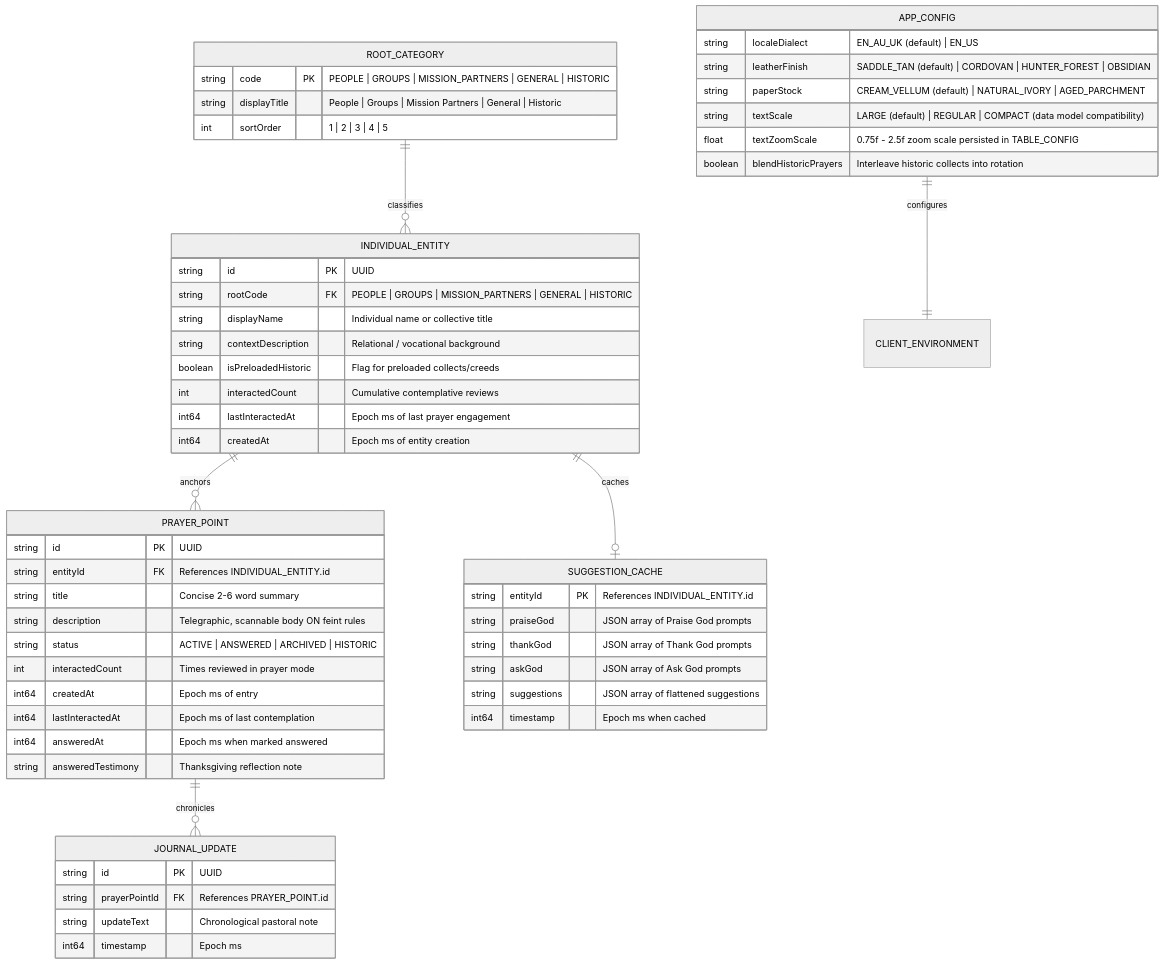
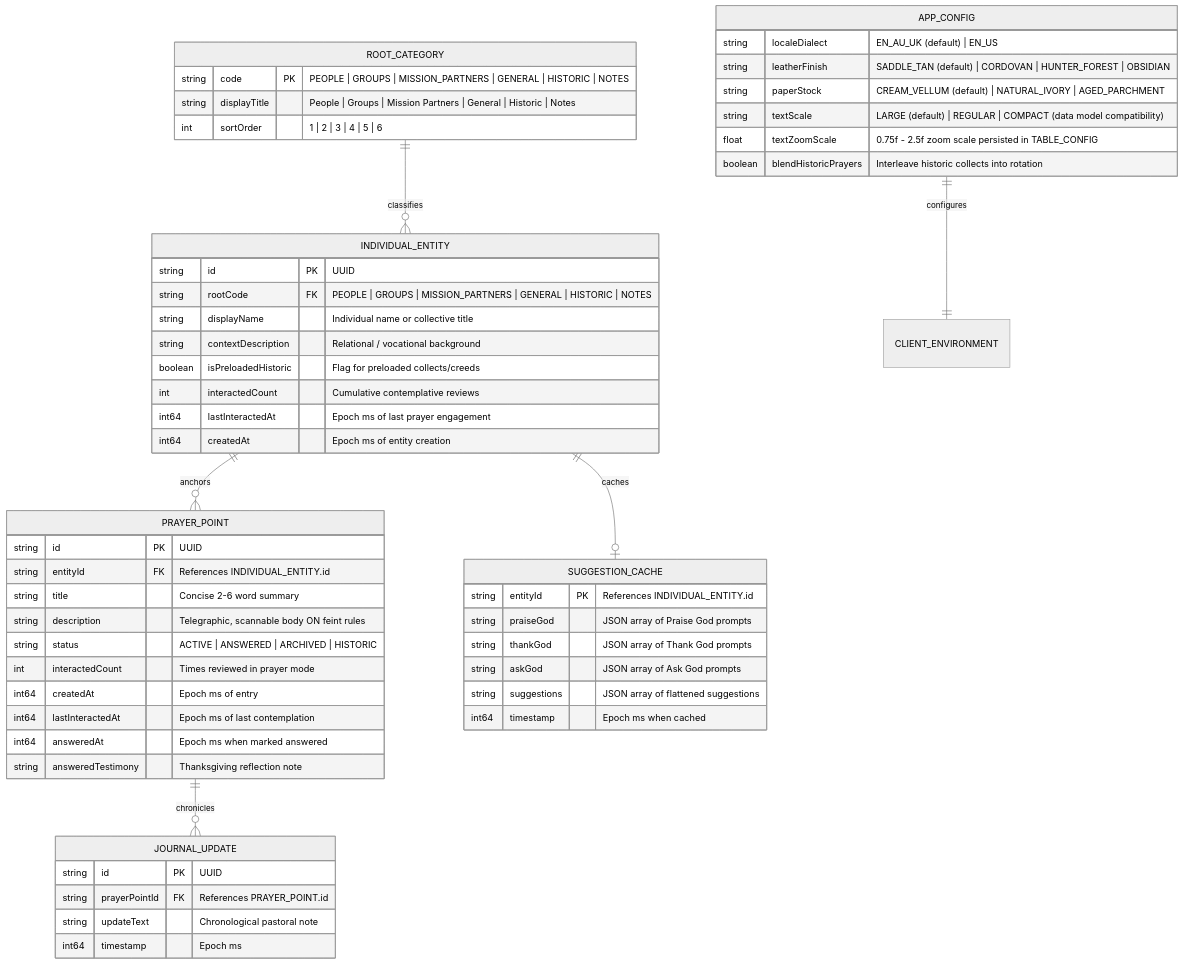
The second of 9 diagrams in planning/codebase_knowledge_graph.md (iamenianc/Prayer), drawn with Mermaid (neutral theme) before and after one commit. The commit also changed other lines of this file and 15 other files, not shown here.

````diff
--- a/planning/codebase_knowledge_graph.md
+++ b/planning/codebase_knowledge_graph.md
@@ -86,63 +86,63 @@
 ```mermaid
 erDiagram
     ROOT_CATEGORY ||--o{ INDIVIDUAL_ENTITY : "classifies"
     INDIVIDUAL_ENTITY ||--o{ PRAYER_POINT : "anchors"
     INDIVIDUAL_ENTITY ||--o| SUGGESTION_CACHE : "caches"
     PRAYER_POINT ||--o{ JOURNAL_UPDATE : "chronicles"
     APP_CONFIG ||--|| CLIENT_ENVIRONMENT : "configures"
 
     ROOT_CATEGORY {
-        string code PK "PEOPLE | GROUPS | MISSION_PARTNERS | GENERAL | HISTORIC"
-        string displayTitle "People | Groups | Mission Partners | General | Historic"
-        int sortOrder "1 | 2 | 3 | 4 | 5"
+        string code PK "PEOPLE | GROUPS | MISSION_PARTNERS | GENERAL | HISTORIC | NOTES"
+        string displayTitle "People | Groups | Mission Partners | General | Historic | Notes"
+        int sortOrder "1 | 2 | 3 | 4 | 5 | 6"
     }
 
     INDIVIDUAL_ENTITY {
         string id PK "UUID"
-        string rootCode FK "PEOPLE | GROUPS | MISSION_PARTNERS | GENERAL | HISTORIC"
+        string rootCode FK "PEOPLE | GROUPS | MISSION_PARTNERS | GENERAL | HISTORIC | NOTES"
         string displayName "Individual name or collective title"
         string contextDescription "Relational / vocational background"
         boolean isPreloadedHistoric "Flag for preloaded collects/creeds"
         int interactedCount "Cumulative contemplative reviews"
         int64 lastInteractedAt "Epoch ms of last prayer engagement"
         int64 createdAt "Epoch ms of entity creation"
     }
 
     SUGGESTION_CACHE {
         string entityId PK "References INDIVIDUAL_ENTITY.id"
         string praiseGod "JSON array of Praise God prompts"
         string thankGod "JSON array of Thank God prompts"
         string askGod "JSON array of Ask God prompts"
         string suggestions "JSON array of flattened suggestions"
         int64 timestamp "Epoch ms when cached"
     }
 
     PRAYER_POINT {
         string id PK "UUID"
         string entityId FK "References INDIVIDUAL_ENTITY.id"
         string title "Concise 2-6 word summary"
         string description "Telegraphic, scannable body ON feint rules"
         string status "ACTIVE | ANSWERED | ARCHIVED | HISTORIC"
         int interactedCount "Times reviewed in prayer mode"
         int64 createdAt "Epoch ms of entry"
         int64 lastInteractedAt "Epoch ms of last contemplation"
         int64 answeredAt "Epoch ms when marked answered"
         string answeredTestimony "Thanksgiving reflection note"
     }
 
     JOURNAL_UPDATE {
         string id PK "UUID"
         string prayerPointId FK "References PRAYER_POINT.id"
         string updateText "Chronological pastoral note"
         int64 timestamp "Epoch ms"
     }
 
     APP_CONFIG {
         string localeDialect "EN_AU_UK (default) | EN_US"
         string leatherFinish "SADDLE_TAN (default) | CORDOVAN | HUNTER_FOREST | OBSIDIAN"
         string paperStock "CREAM_VELLUM (default) | NATURAL_IVORY | AGED_PARCHMENT"
         string textScale "LARGE (default) | REGULAR | COMPACT (data model compatibility)"
         float textZoomScale "0.75f - 2.5f zoom scale persisted in TABLE_CONFIG"
         boolean blendHistoricPrayers "Interleave historic collects into rotation"
     }
 ```
````
